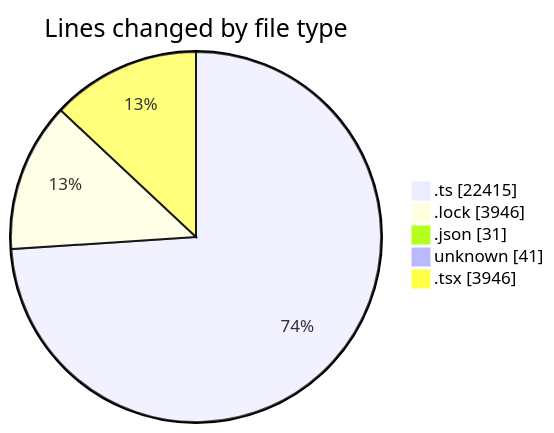
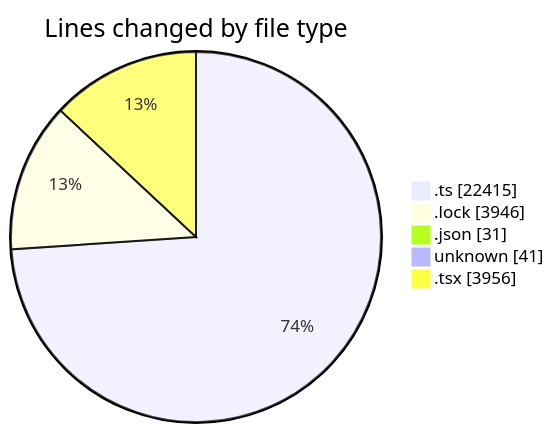
Before and after one commit to momahboobian/code-tracking: the first of 2 diagrams in 2025-08-19/cda/README.md, drawn with Mermaid. The commit also changed other lines of this file and 1 other file, not shown here.

````diff
--- a/2025-08-19/cda/README.md
+++ b/2025-08-19/cda/README.md
@@ -48,9 +48,9 @@
 ```mermaid
 pie showData
 title Lines changed by file type
 ".ts" : 22415
 ".lock" : 3946
 ".json" : 31
 "unknown" : 41
-".tsx" : 3946
+".tsx" : 3956
 ```
````
